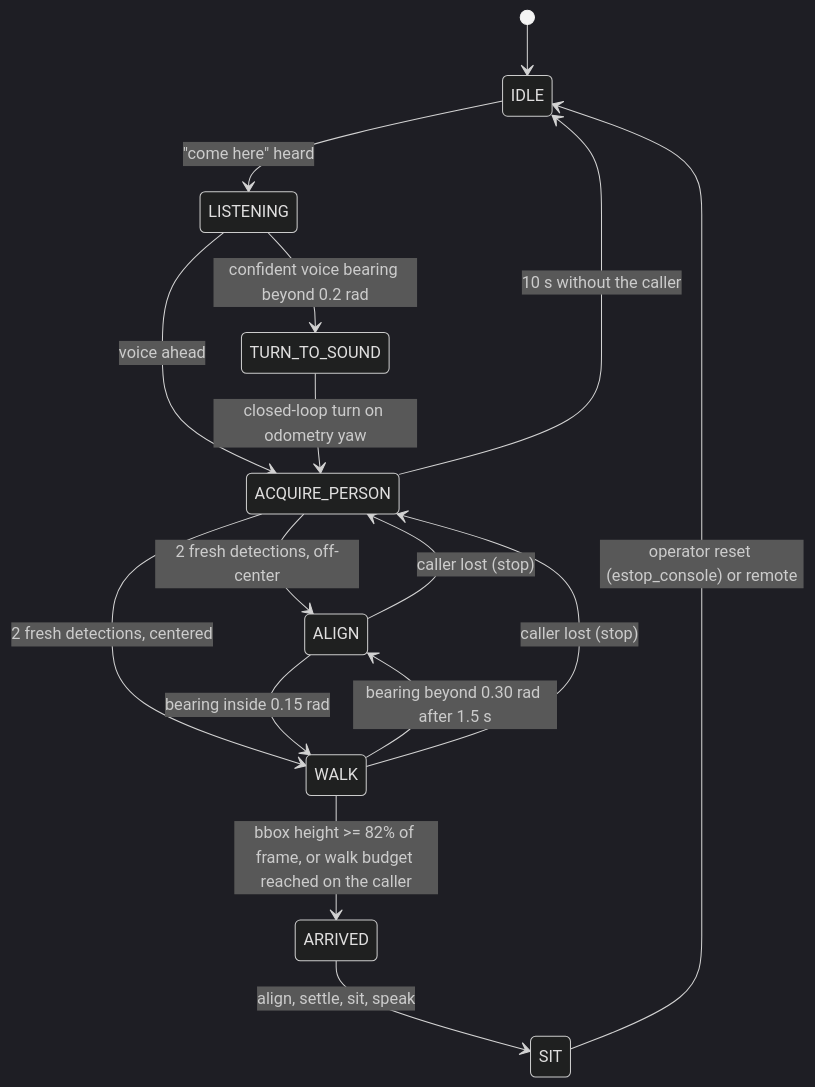
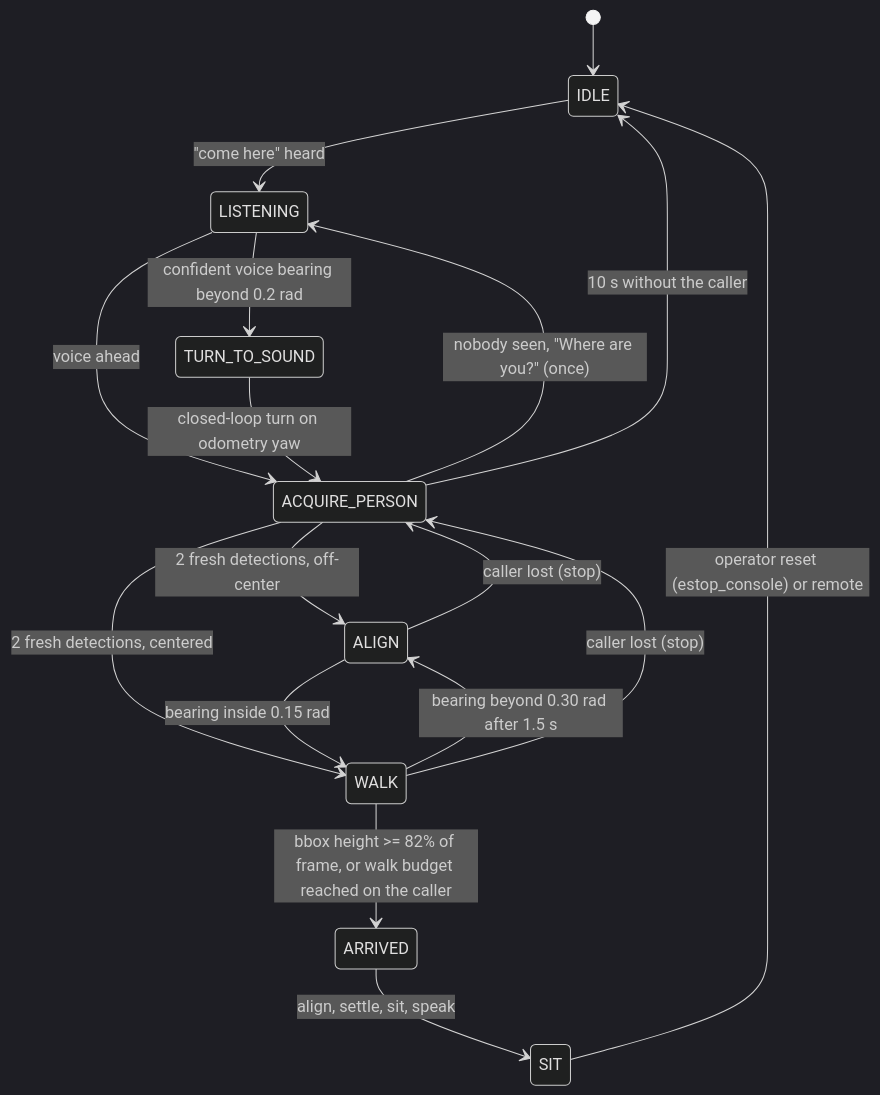
The diagram in README.md (yusufdxb/come-here), drawn with Mermaid (dark theme) before and after one commit. The commit also changed other lines of this file, not shown here.

````diff
--- a/README.md
+++ b/README.md
@@ -27,18 +27,19 @@
 ```mermaid
 stateDiagram-v2
     [*] --> IDLE
     IDLE --> LISTENING: "come here" heard
     LISTENING --> TURN_TO_SOUND: confident voice bearing beyond 0.2 rad
     LISTENING --> ACQUIRE_PERSON: voice ahead
     TURN_TO_SOUND --> ACQUIRE_PERSON: closed-loop turn on odometry yaw
     ACQUIRE_PERSON --> ALIGN: 2 fresh detections, off-center
     ACQUIRE_PERSON --> WALK: 2 fresh detections, centered
     ALIGN --> WALK: bearing inside 0.15 rad
     WALK --> ALIGN: bearing beyond 0.30 rad after 1.5 s
     ALIGN --> ACQUIRE_PERSON: caller lost (stop)
     WALK --> ACQUIRE_PERSON: caller lost (stop)
+    ACQUIRE_PERSON --> LISTENING: nobody seen, "Where are you?" (once)
     ACQUIRE_PERSON --> IDLE: 10 s without the caller
     WALK --> ARRIVED: bbox height >= 82% of frame, or walk budget reached on the caller
     ARRIVED --> SIT: align, settle, sit, speak
     SIT --> IDLE: operator reset (estop_console) or remote
 ```
````
